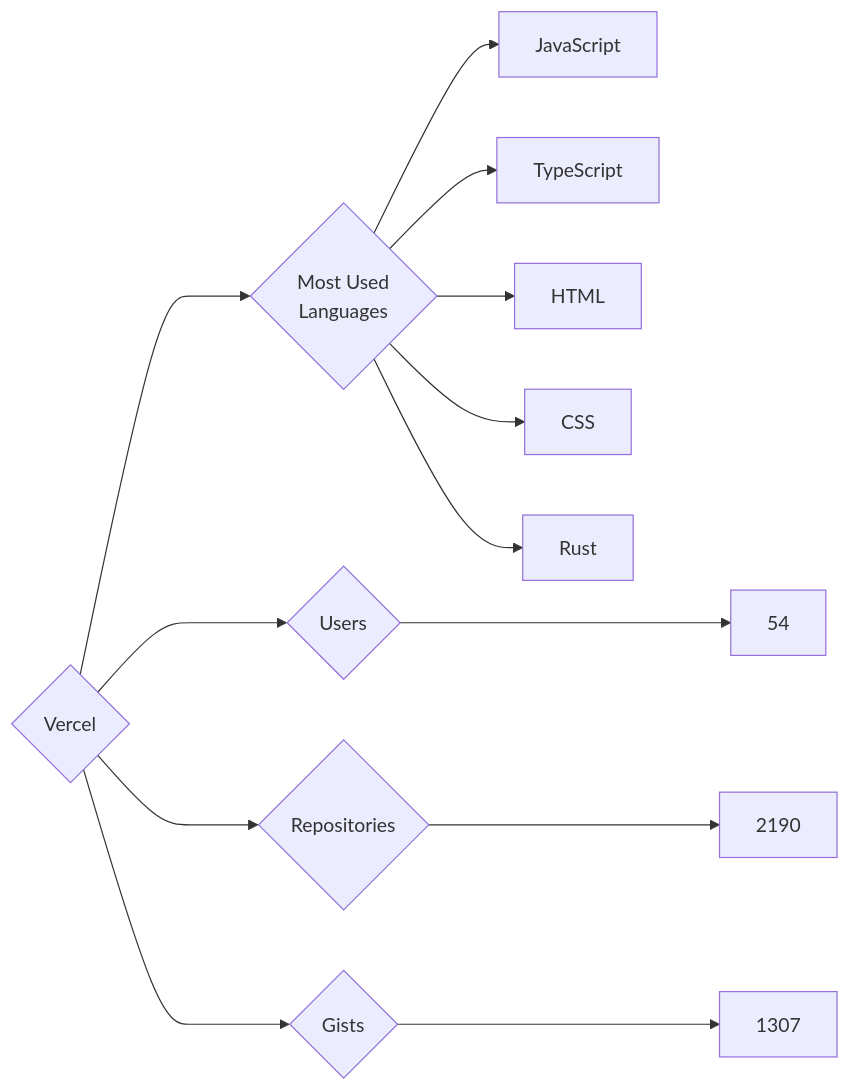
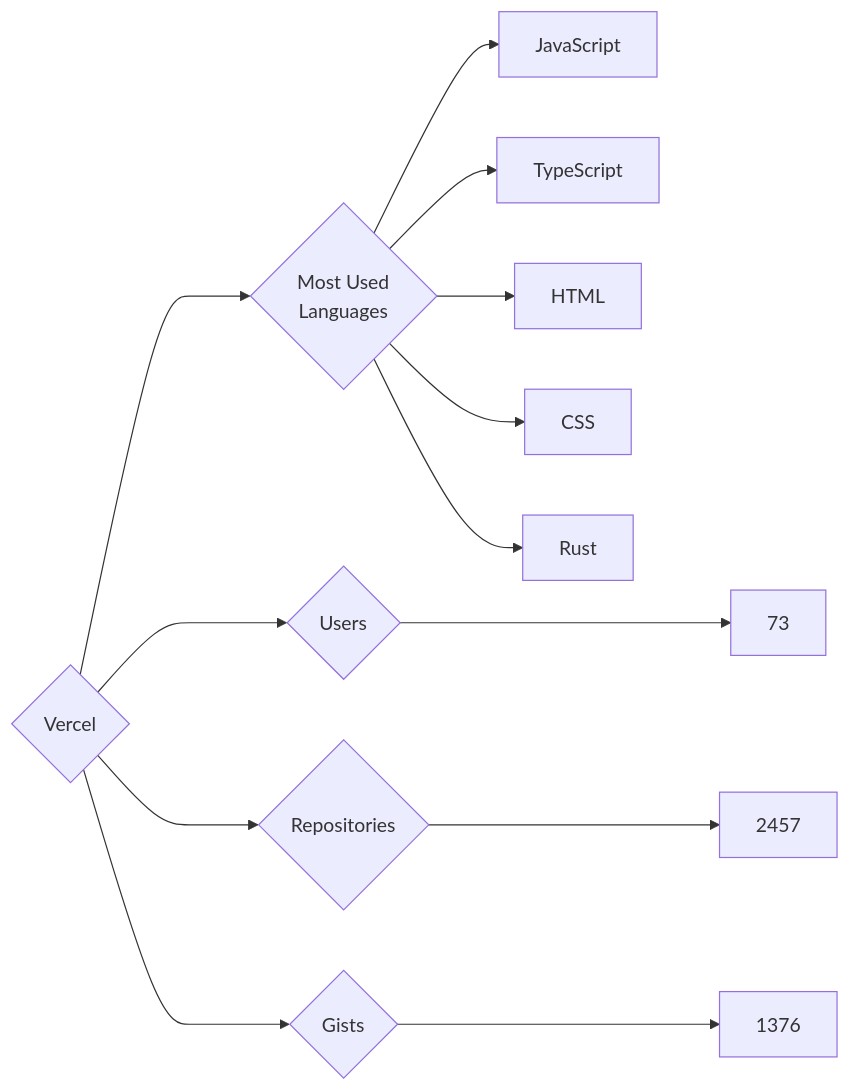
One commit to trickest/insiders changed the diagram in targets/Vercel/README.md. Above: the diagram before and after it, drawn with Mermaid. The commit also changed 939 other files, not shown here.

````diff
--- a/targets/Vercel/README.md
+++ b/targets/Vercel/README.md
@@ -3,13 +3,13 @@
 ```mermaid
 graph LR
 COMPANY_NAME{Vercel}
-COMPANY_NAME ---> U{Users} ---> UN[54]
-COMPANY_NAME ---> R{Repositories} ---> RN[2190]
-COMPANY_NAME ---> G{Gists} ---> GN[1307]
+COMPANY_NAME ---> U{Users} ---> UN[73]
+COMPANY_NAME ---> R{Repositories} ---> RN[2457]
+COMPANY_NAME ---> G{Gists} ---> GN[1376]
 COMPANY_NAME ---> ML{Most Used<br>Languages}
 ML --> JavaScript[JavaScript]
 ML --> TypeScript[TypeScript]
 ML --> HTML[HTML]
 ML --> CSS[CSS]
 ML --> Rust[Rust]
 ```
````
